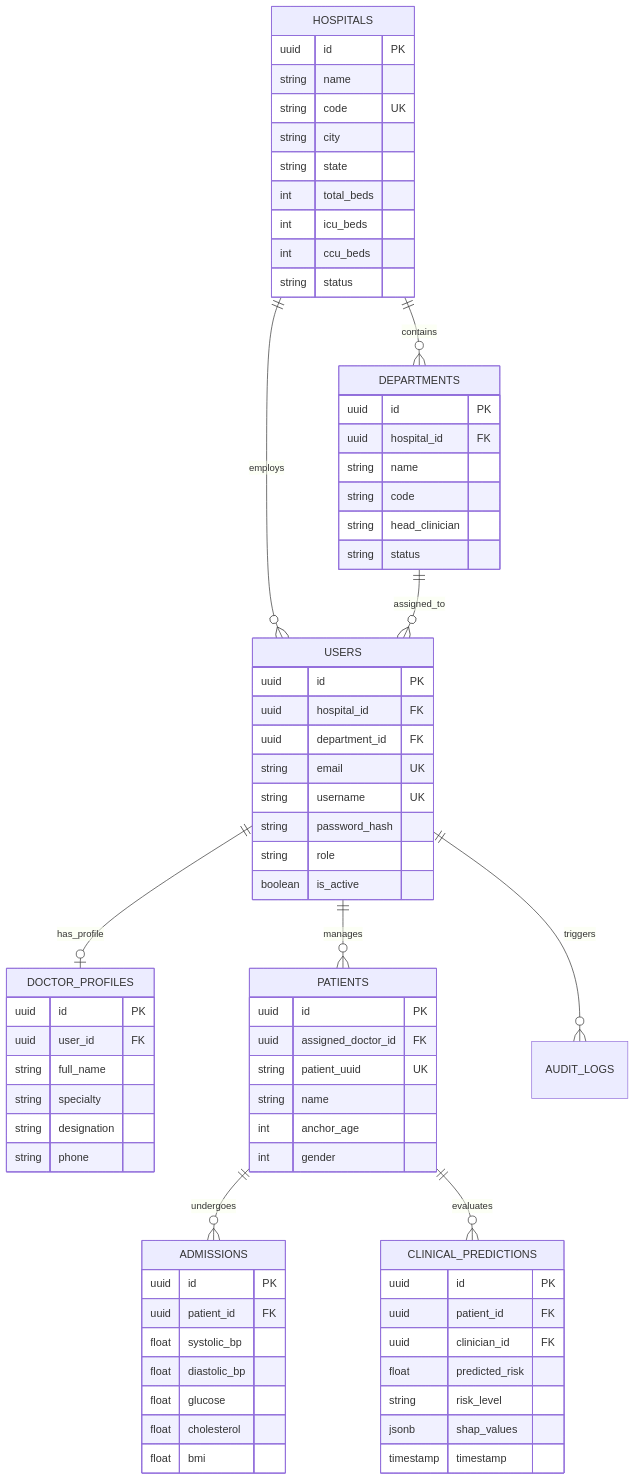
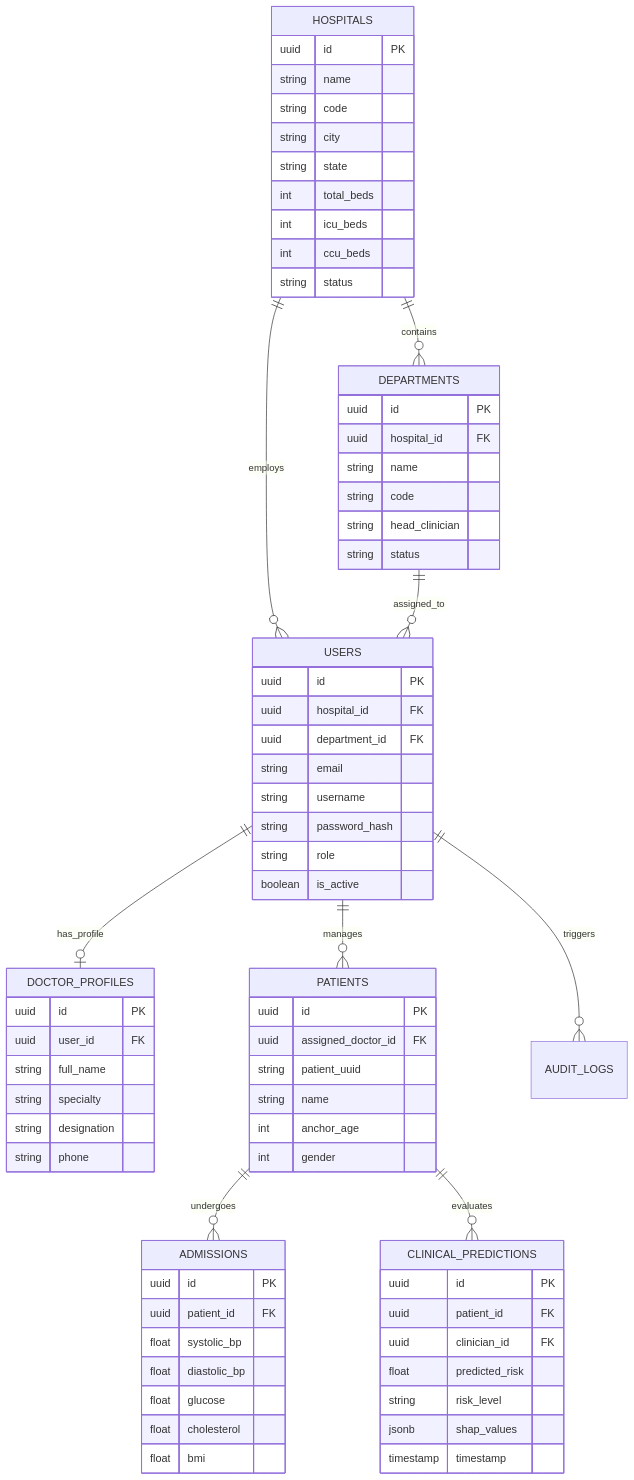
One commit to kit27bt34-spec/AI-Powered-Coronary-Heart-Disease-Clinical-Decision-Support-System-AI-CHD-CDSS changed the diagram in README.md. Above: the diagram before and after it, drawn with Mermaid.

Commit message:
docs: fix Mermaid erDiagram syntax for GitHub Markdown rich display rendering

````diff
--- a/README.md
+++ b/README.md
@@ -290,81 +290,81 @@
 ```mermaid
 erDiagram
-    HOSPITALS ||--o{ DEPARTMENTS : "contains"
-    HOSPITALS ||--o{ USERS : "employs"
-    DEPARTMENTS ||--o{ USERS : "assigned_to"
-    USERS ||--o| DOCTOR_PROFILES : "has_profile"
-    USERS ||--o{ PATIENTS : "manages"
-    USERS ||--o{ AUDIT_LOGS : "triggers"
-    PATIENTS ||--o{ ADMISSIONS : "undergoes"
-    PATIENTS ||--o{ CLINICAL_PREDICTIONS : "evaluates"
+    HOSPITALS ||--o{ DEPARTMENTS : contains
+    HOSPITALS ||--o{ USERS : employs
+    DEPARTMENTS ||--o{ USERS : assigned_to
+    USERS ||--o| DOCTOR_PROFILES : has_profile
+    USERS ||--o{ PATIENTS : manages
+    USERS ||--o{ AUDIT_LOGS : triggers
+    PATIENTS ||--o{ ADMISSIONS : undergoes
+    PATIENTS ||--o{ CLINICAL_PREDICTIONS : evaluates
 
     HOSPITALS {
         uuid id PK
         string name
-        string code UK
+        string code
         string city
         string state
         int total_beds
         int icu_beds
         int ccu_beds
         string status
     }
 
     DEPARTMENTS {
         uuid id PK
         uuid hospital_id FK
         string name
         string code
         string head_clinician
         string status
     }
 
     USERS {
         uuid id PK
         uuid hospital_id FK
         uuid department_id FK
-        string email UK
-        string username UK
+        string email
+        string username
         string password_hash
         string role
         boolean is_active
     }
 
     DOCTOR_PROFILES {
         uuid id PK
         uuid user_id FK
         string full_name
         string specialty
         string designation
         string phone
     }
 
     PATIENTS {
         uuid id PK
         uuid assigned_doctor_id FK
-        string patient_uuid UK
+        string patient_uuid
         string name
         int anchor_age
         int gender
     }
 
     ADMISSIONS {
         uuid id PK
         uuid patient_id FK
         float systolic_bp
         float diastolic_bp
         float glucose
         float cholesterol
         float bmi
     }
 
     CLINICAL_PREDICTIONS {
         uuid id PK
         uuid patient_id FK
         uuid clinician_id FK
         float predicted_risk
         string risk_level
         jsonb shap_values
         timestamp timestamp
     }
 ```
````
